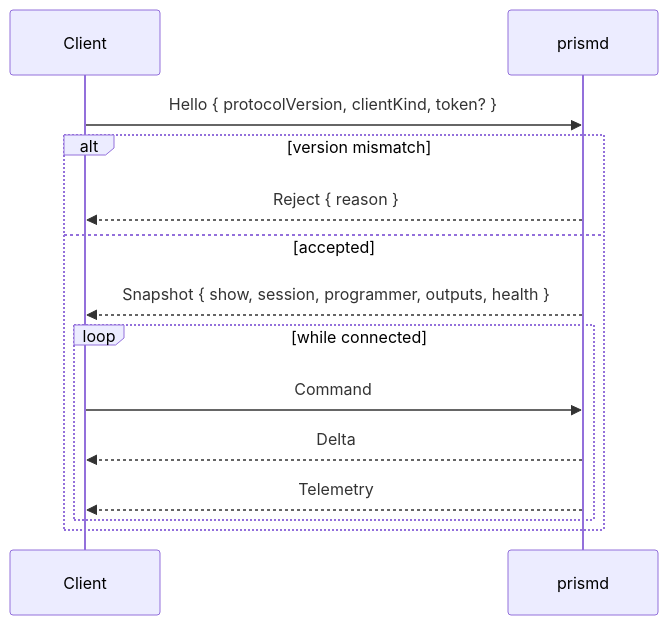
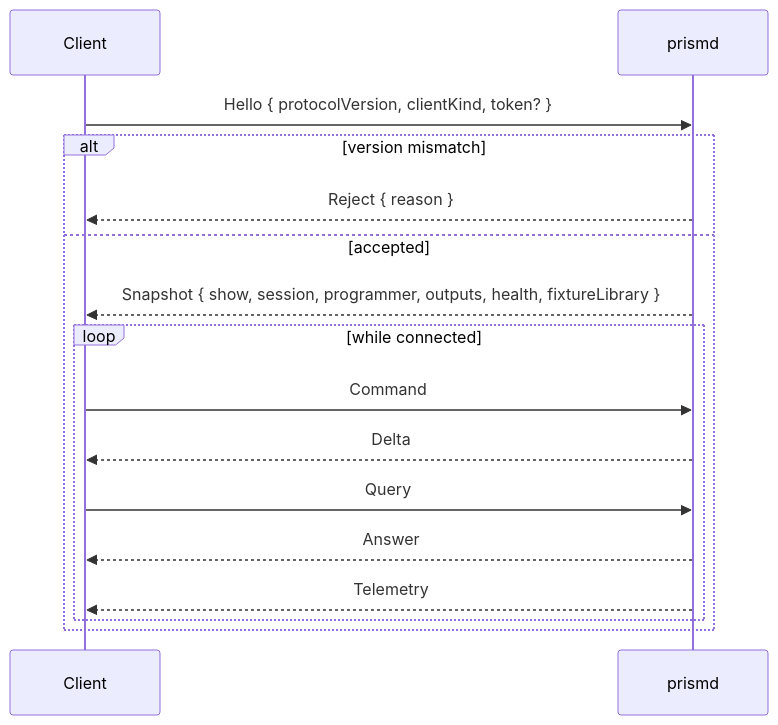
One commit to flakesystems/PrismDMX changed the diagram in docs/IPC_PROTOCOL.md. Above: the diagram before and after it, drawn with Mermaid. The commit also changed other lines of this file and 65 other files, not shown here.

````diff
--- a/docs/IPC_PROTOCOL.md
+++ b/docs/IPC_PROTOCOL.md
@@ -75,16 +77,18 @@
 ```mermaid
 sequenceDiagram
     participant C as Client
     participant D as prismd
     C->>D: Hello { protocolVersion, clientKind, token? }
     alt version mismatch
         D-->>C: Reject { reason }
     else accepted
-        D-->>C: Snapshot { show, session, programmer, outputs, health }
+        D-->>C: Snapshot { show, session, programmer, outputs, health, fixtureLibrary }
         loop while connected
             C->>D: Command
             D-->>C: Delta
+            C->>D: Query
+            D-->>C: Answer
             D-->>C: Telemetry
         end
     end
 ```
````
